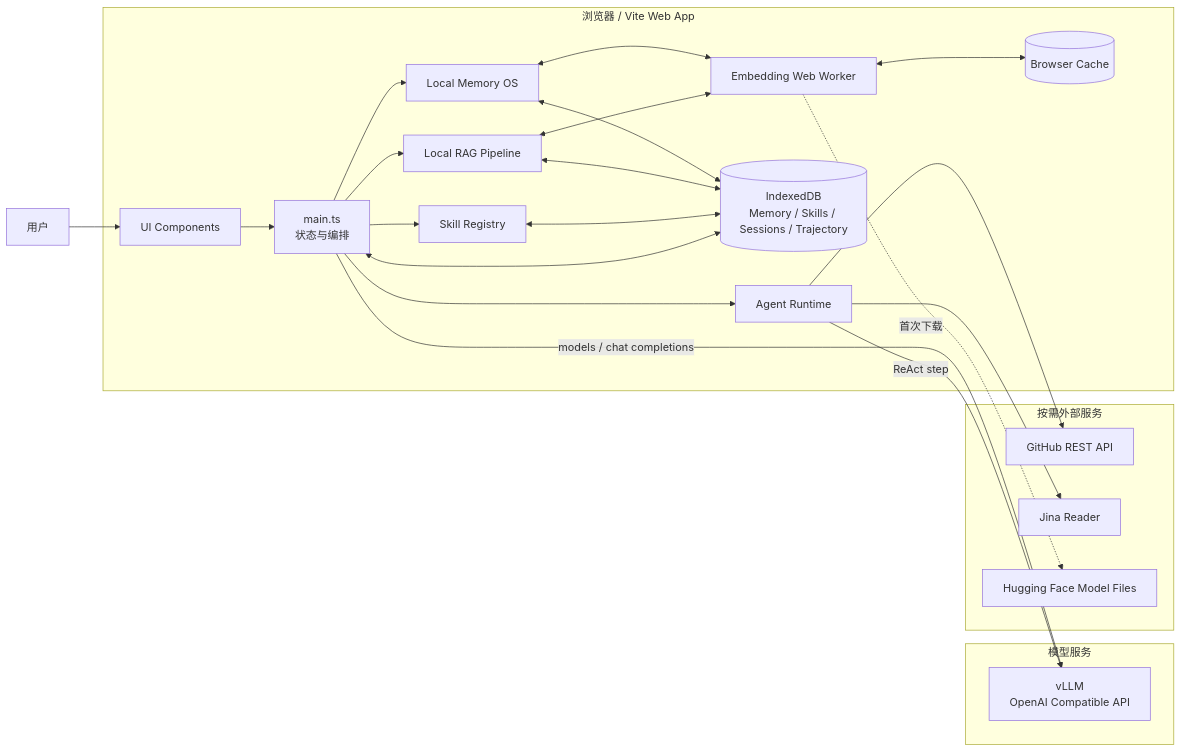
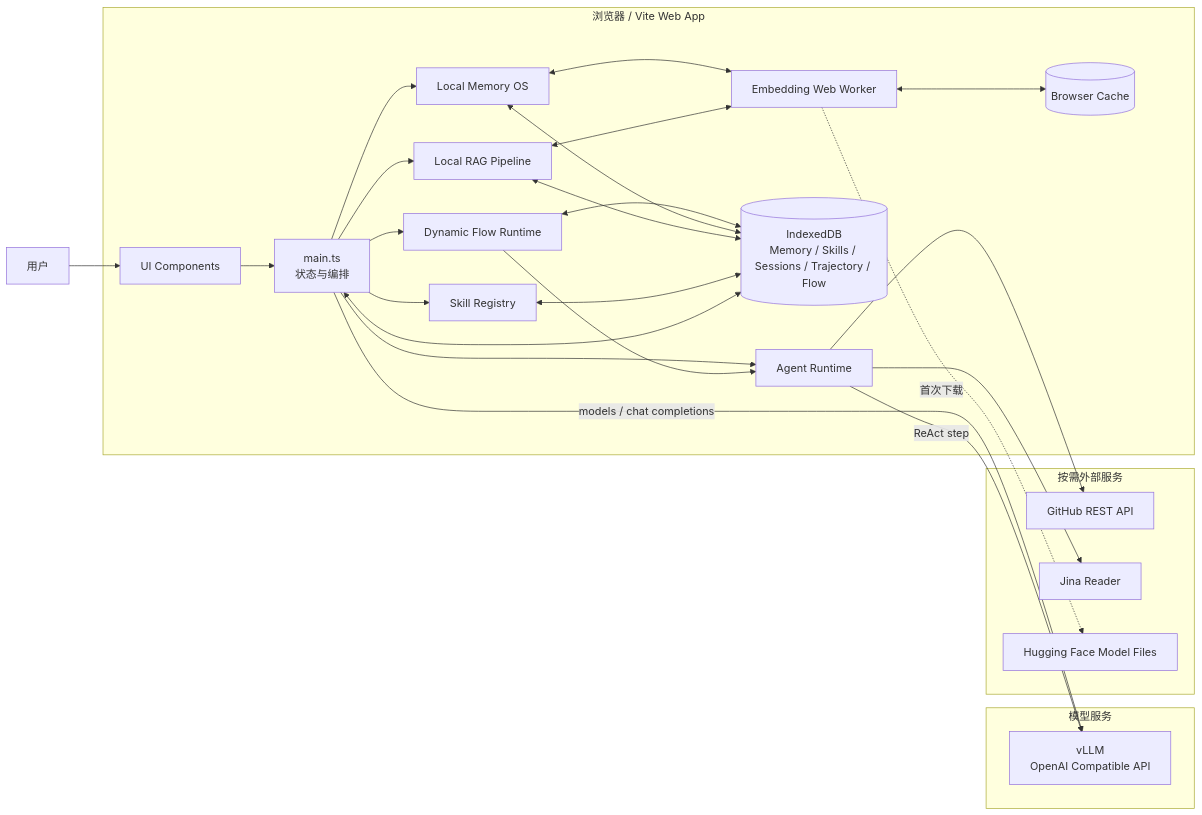
One commit to lijiajia96/llm-local changed the first of 18 diagrams in ARCHITECTURE.md. Above: the diagram before and after it, drawn with Mermaid. The commit also changed other lines of this file and 22 other files, not shown here.

Commit message:
feat: add learnable dynamic flows

````diff
--- a/ARCHITECTURE.md
+++ b/ARCHITECTURE.md
@@ -25,45 +26,49 @@
 ```mermaid
 flowchart LR
     User[用户]
 
     subgraph Browser["浏览器 / Vite Web App"]
         UI[UI Components]
         Main[main.ts<br/>状态与编排]
         Agent[Agent Runtime]
+        Flow[Dynamic Flow Runtime]
         Memory[Local Memory OS]
         RAG[Local RAG Pipeline]
         Skills[Skill Registry]
-        IDB[(IndexedDB<br/>Memory / Skills / Sessions / Trajectory)]
+        IDB[(IndexedDB<br/>Memory / Skills / Sessions / Trajectory / Flow)]
         Worker[Embedding Web Worker]
         Cache[(Browser Cache)]
     end
 
     subgraph ModelHost["模型服务"]
         VLLM[vLLM<br/>OpenAI Compatible API]
     end
 
     subgraph External["按需外部服务"]
         GitHub[GitHub REST API]
         Jina[Jina Reader]
         HF[Hugging Face Model Files]
     end
 
     User --> UI
     UI --> Main
     Main --> Agent
+    Main --> Flow
     Main --> Memory
     Main --> RAG
     Main --> Skills
     Main -->|models / chat completions| VLLM
     Agent -->|ReAct step| VLLM
     Agent --> GitHub
     Agent --> Jina
+    Flow --> Agent
+    Flow <--> IDB
     Memory <--> IDB
     RAG <--> IDB
     Skills <--> IDB
     Main <--> IDB
     Memory <--> Worker
     RAG <--> Worker
     Worker <--> Cache
     Worker -. 首次下载 .-> HF
 ```
````
